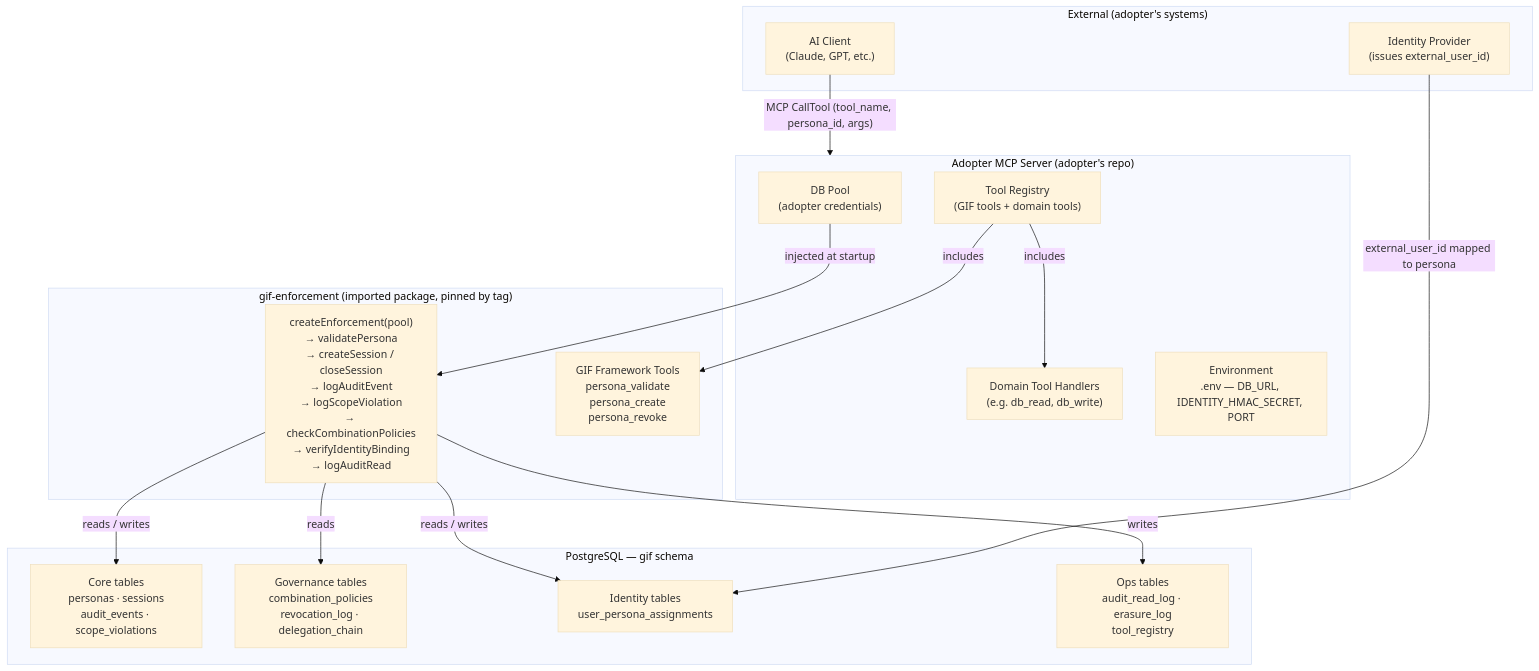
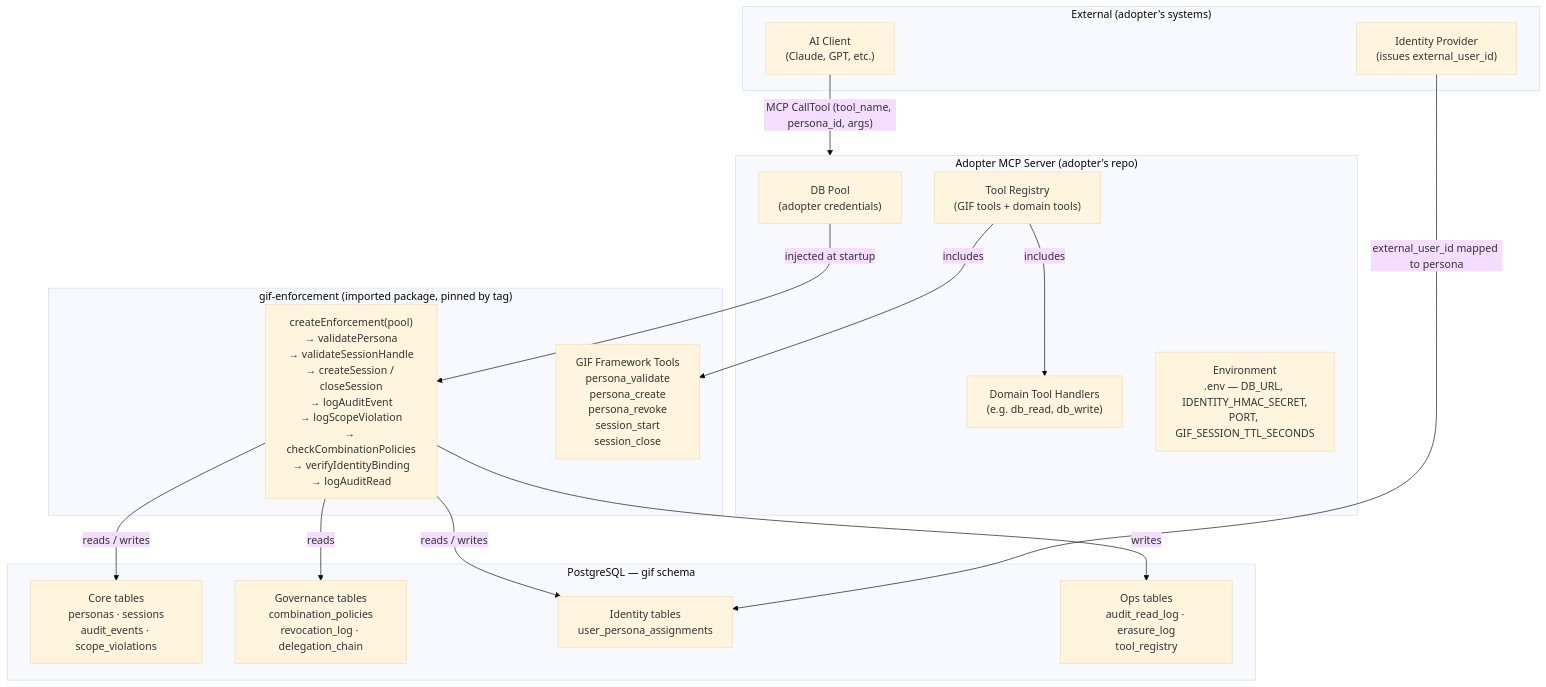
One commit to notboatanchor/gif changed the third of 5 diagrams in docs/architecture-diagrams.md. Above: the diagram before and after it, drawn with Mermaid (base theme). The commit also changed other lines of this file and 2 other files, not shown here.

````diff
--- a/docs/architecture-diagrams.md
+++ b/docs/architecture-diagrams.md
@@ -218,36 +237,36 @@
 ```mermaid
 flowchart TB
     subgraph ADOPTER["Adopter MCP Server (adopter's repo)"]
         POOL["DB Pool<br/>(adopter credentials)"]
         AREG["Tool Registry<br/>(GIF tools + domain tools)"]
         ATOOLS["Domain Tool Handlers<br/>(e.g. db_read, db_write)"]
-        AENV["Environment<br/>.env — DB_URL, IDENTITY_HMAC_SECRET, PORT"]
+        AENV["Environment<br/>.env — DB_URL, IDENTITY_HMAC_SECRET,<br/>PORT, GIF_SESSION_TTL_SECONDS"]
     end
 
     subgraph GIF["gif-enforcement (imported package, pinned by tag)"]
-        CE["createEnforcement(pool)<br/>→ validatePersona<br/>→ createSession / closeSession<br/>→ logAuditEvent<br/>→ logScopeViolation<br/>→ checkCombinationPolicies<br/>→ verifyIdentityBinding<br/>→ logAuditRead"]
-        GTOOLS["GIF Framework Tools<br/>persona_validate<br/>persona_create<br/>persona_revoke"]
+        CE["createEnforcement(pool)<br/>→ validatePersona<br/>→ validateSessionHandle<br/>→ createSession / closeSession<br/>→ logAuditEvent<br/>→ logScopeViolation<br/>→ checkCombinationPolicies<br/>→ verifyIdentityBinding<br/>→ logAuditRead"]
+        GTOOLS["GIF Framework Tools<br/>persona_validate<br/>persona_create<br/>persona_revoke<br/>session_start<br/>session_close"]
     end
 
     subgraph DB["PostgreSQL — gif schema"]
         CORE["Core tables<br/>personas · sessions<br/>audit_events · scope_violations"]
         GOV["Governance tables<br/>combination_policies<br/>revocation_log · delegation_chain"]
         ID["Identity tables<br/>user_persona_assignments"]
         OPS["Ops tables<br/>audit_read_log · erasure_log<br/>tool_registry"]
     end
 
     subgraph EXT["External (adopter's systems)"]
         IDPROV["Identity Provider<br/>(issues external_user_id)"]
         AI["AI Client<br/>(Claude, GPT, etc.)"]
     end
 
     AI -->|"MCP CallTool (tool_name, persona_id, args)"| ADOPTER
     POOL -->|"injected at startup"| CE
     AREG -->|"includes"| GTOOLS
     AREG -->|"includes"| ATOOLS
     CE -->|"reads / writes"| CORE
     CE -->|"reads"| GOV
     CE -->|"reads / writes"| ID
     CE -->|"writes"| OPS
     IDPROV -->|"external_user_id mapped to persona"| ID
 ```
````
